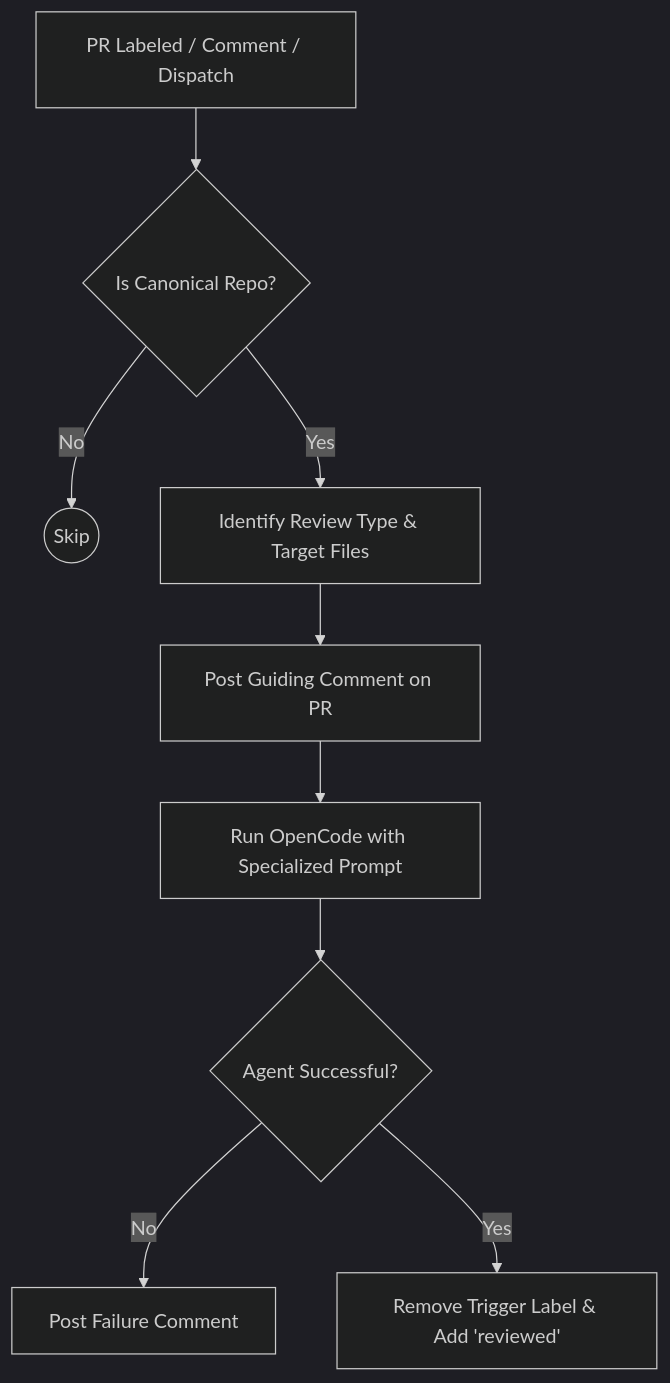
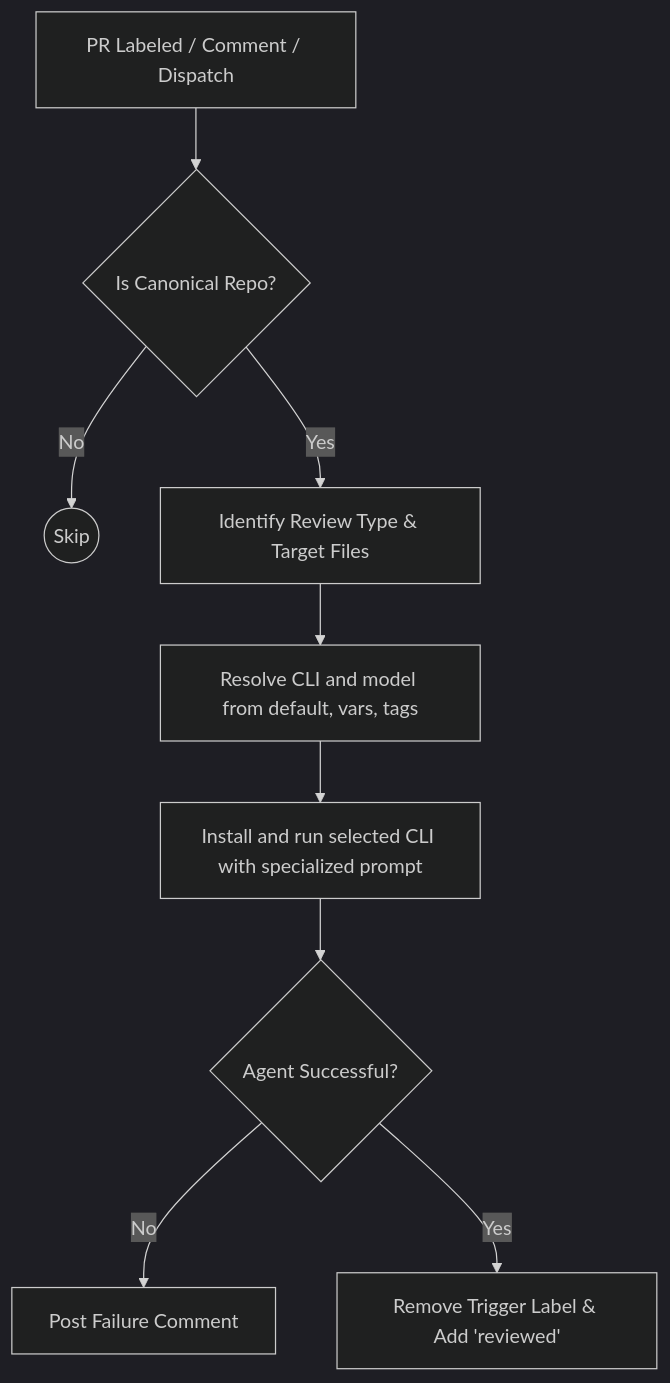
One commit to LokiMetaSmith/keystone-polyphony changed the ninth of 10 diagrams in docs/ci-cd.md. Above: the diagram before and after it, drawn with Mermaid (dark theme). The commit also changed other lines of this file and 1 other file, not shown here.

Commit message:
fix: make review workflow CLI-pluggable

````diff
--- a/docs/ci-cd.md
+++ b/docs/ci-cd.md
@@ -163,11 +170,11 @@
 ```mermaid
 graph TD
     A[PR Labeled / Comment / Dispatch] --> B{Is Canonical Repo?}
     B -- No --> End((Skip))
     B -- Yes --> C[Identify Review Type & Target Files]
-    C --> D[Post Guiding Comment on PR]
-    D --> E[Run OpenCode with Specialized Prompt]
+    C --> D[Resolve CLI and model from default, vars, tags]
+    D --> E[Install and run selected CLI with specialized prompt]
     E --> F{Agent Successful?}
     F -- No --> G[Post Failure Comment]
     F -- Yes --> H[Remove Trigger Label & Add 'reviewed']
 ```
````
